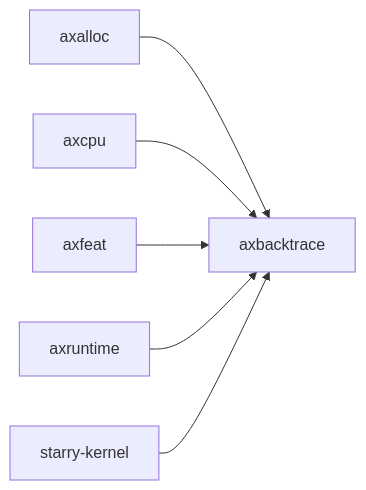
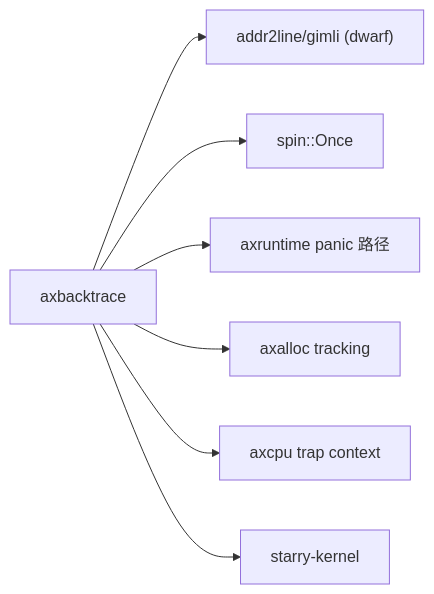
Before and after one commit to rcore-os/tgoskits: the second of 2 diagrams in docs/crates/axbacktrace.md, drawn with Mermaid. The commit also changed other lines of this file and 99 other files, not shown here.

````diff
--- a/docs/crates/axbacktrace.md
+++ b/docs/crates/axbacktrace.md
@@ -32,9 +77,10 @@
 ```mermaid
 graph LR
-    current["axbacktrace"]
-    axalloc["axalloc"] --> current
-    axcpu["axcpu"] --> current
-    axfeat["axfeat"] --> current
-    axruntime["axruntime"] --> current
-    starry_kernel["starry-kernel"] --> current
+    axbacktrace["axbacktrace"] --> dwarf["addr2line/gimli (dwarf)"]
+    axbacktrace --> spin["spin::Once"]
+
+    axbacktrace --> axruntime["axruntime panic 路径"]
+    axbacktrace --> axalloc["axalloc tracking"]
+    axbacktrace --> axcpu["axcpu trap context"]
+    axbacktrace --> starry_kernel["starry-kernel"]
 ```
````
